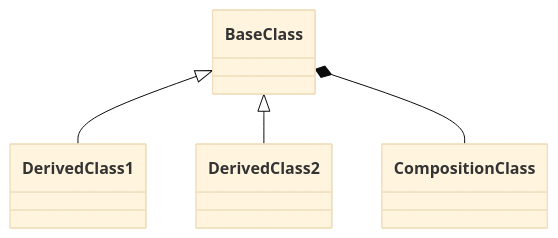
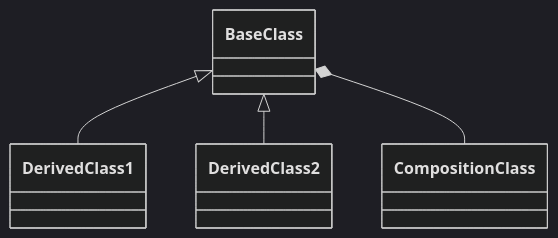
One commit to hproof/claude-market-gamedev changed the third of 3 diagrams in plugins/code-analyzer/docs/output-spec.md. Above: the diagram before and after it, drawn with Mermaid. The commit also changed other lines of this file and 8 other files, not shown here.

````diff
--- a/plugins/code-analyzer/docs/output-spec.md
+++ b/plugins/code-analyzer/docs/output-spec.md
@@ -100,7 +100,7 @@
 ```mermaid
-%%{init: {'theme': 'base', 'flowchart': { 'useMaxWidth': true }}}%%
+%%{init: {'theme': 'dark', 'flowchart': { 'useMaxWidth': true }}}%%
 classDiagram
     BaseClass <|-- DerivedClass1
     BaseClass <|-- DerivedClass2
     BaseClass *-- CompositionClass
 ```
````
